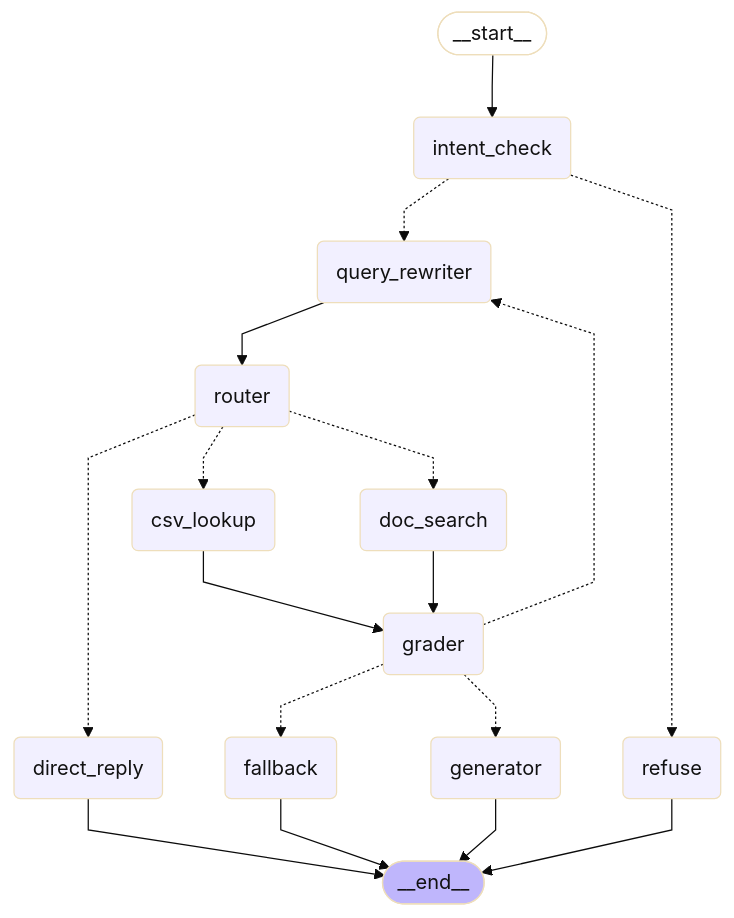
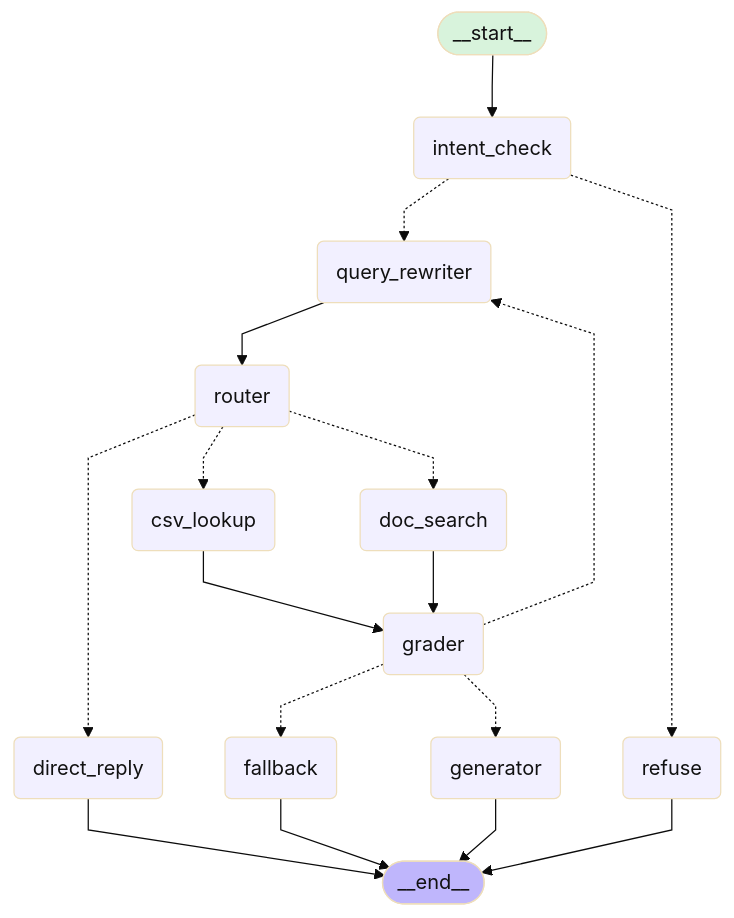
The diagram in README.md (f04102005/AI-FinAssess), drawn with Mermaid (base theme) before and after one commit.

````diff
--- a/README.md
+++ b/README.md
@@ -7,45 +7,39 @@
 ```mermaid
 ---
 config:
   flowchart:
     curve: linear
 ---
 graph TD;
         __start__([<p>__start__</p>]):::first
         intent_check(intent_check)
         refuse(refuse)
         query_rewriter(query_rewriter)
         router(router)
         doc_search(doc_search)
         csv_lookup(csv_lookup)
         direct_reply(direct_reply)
         grader(grader)
         generator(generator)
         fallback(fallback)
         __end__([<p>__end__</p>]):::last
         __start__ --> intent_check;
         csv_lookup --> grader;
         doc_search --> grader;
         grader -.-> fallback;
         grader -.-> generator;
         grader -.-> query_rewriter;
         intent_check -.-> query_rewriter;
         intent_check -.-> refuse;
         query_rewriter --> router;
         router -.-> csv_lookup;
         router -.-> direct_reply;
         router -.-> doc_search;
         direct_reply --> __end__;
         fallback --> __end__;
         generator --> __end__;
         refuse --> __end__;
-        classDef default fill:#f2f0ff,line-height:1.2
-        classDef first fill-opacity:0
-        classDef last fill:#bfb6fc
-        classDef default fill:#f2f0ff,color:#111,line-height:1.2
-        classDef first fill-opacity:0
-        classDef last fill:#bfb6fc,color:#111
         classDef default fill:#f2f0ff,color:#111,line-height:1.2
         classDef first fill:#d8f3dc,color:#111
         classDef last fill:#bfb6fc,color:#111
 ```
````
